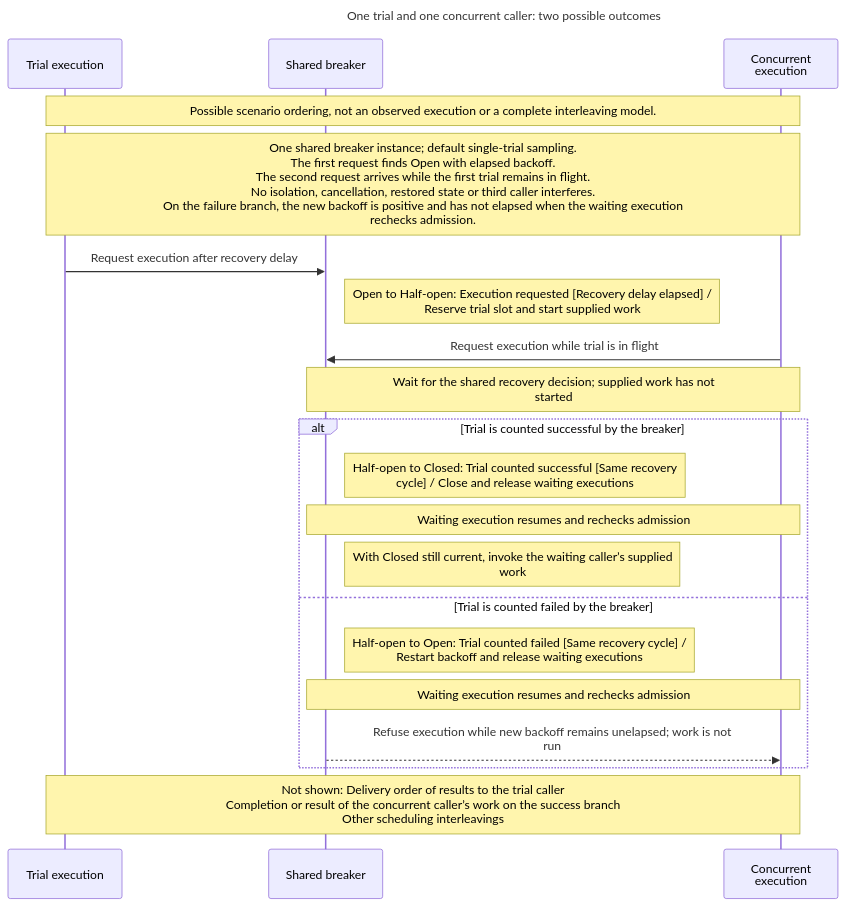
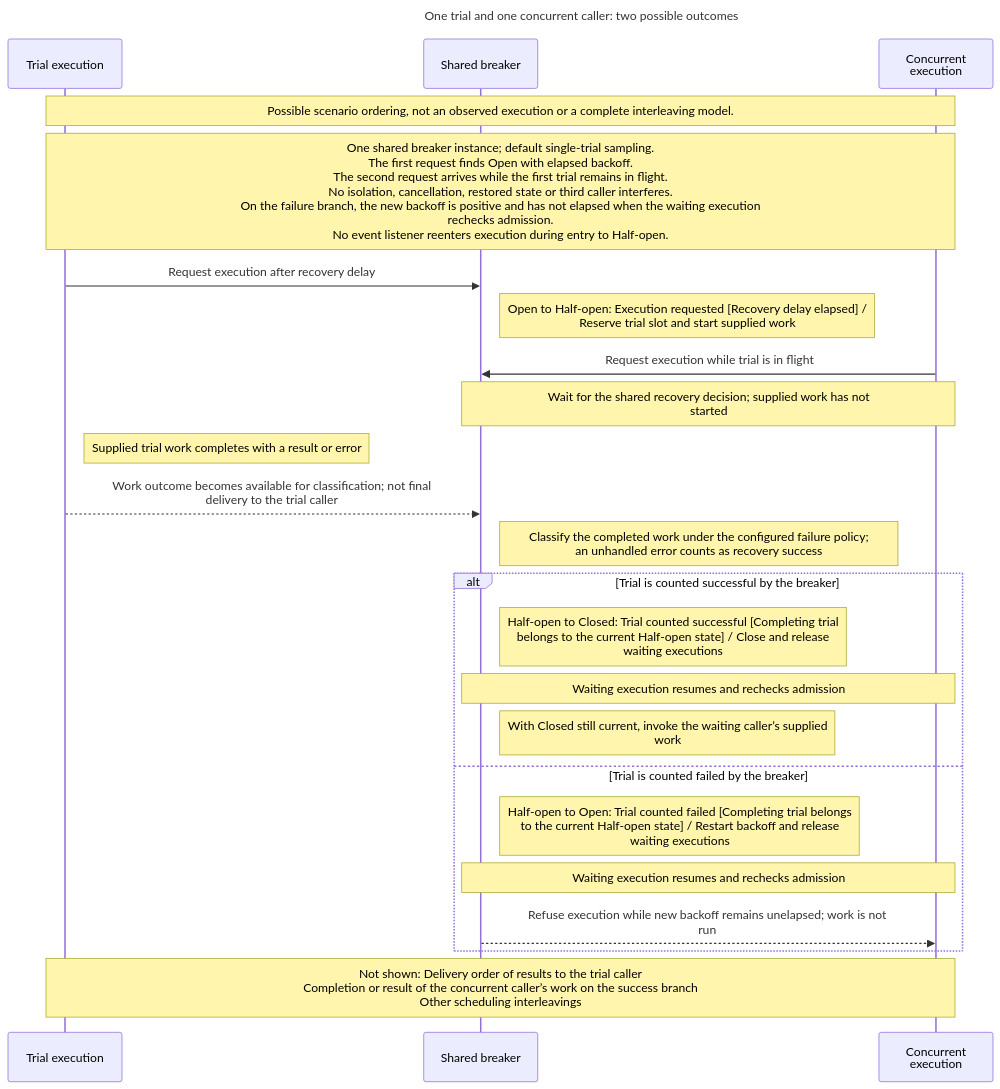
The diagram in notes/structured-account-example/concurrent-callers.mmd (ronen/postcode), drawn with Mermaid before and after one commit. The commit also changed 12 other files, not shown here.

```diff
--- a/notes/structured-account-example/concurrent-callers.mmd
+++ b/notes/structured-account-example/concurrent-callers.mmd
@@ -1,23 +1,26 @@
 ---
 title: "One trial and one concurrent caller: two possible outcomes"
 ---
 sequenceDiagram
   participant trial as Trial execution
   participant breaker as Shared breaker
   participant caller as Concurrent<br/>execution
   Note over trial,caller: Possible scenario ordering, not an observed execution or a complete interleaving model.
-  Note over trial,caller: One shared breaker instance#59; default single-trial sampling.<br/>The first request finds Open with elapsed backoff.<br/>The second request arrives while the first trial remains in flight.<br/>No isolation, cancellation, restored state or third caller interferes.<br/>On the failure branch, the new backoff is positive and has not elapsed when the waiting execution<br/>rechecks admission.
+  Note over trial,caller: One shared breaker instance#59; default single-trial sampling.<br/>The first request finds Open with elapsed backoff.<br/>The second request arrives while the first trial remains in flight.<br/>No isolation, cancellation, restored state or third caller interferes.<br/>On the failure branch, the new backoff is positive and has not elapsed when the waiting execution<br/>rechecks admission.<br/>No event listener reenters execution during entry to Half-open.
   trial->>breaker: Request execution after recovery delay
   Note right of breaker: Open to Half-open: Execution requested [Recovery delay elapsed] /<br/>Reserve trial slot and start supplied work
   caller->>breaker: Request execution while trial is in flight
   Note over breaker,caller: Wait for the shared recovery decision#59; supplied work has not<br/>started
+  Note right of trial: Supplied trial work completes with a result or error
+  trial-->>breaker: Work outcome becomes available for classification#59; not final<br/>delivery to the trial caller
+  Note right of breaker: Classify the completed work under the configured failure policy#59;<br/>an unhandled error counts as recovery success
   alt Trial is counted successful by the breaker
-  Note right of breaker: Half-open to Closed: Trial counted successful [Same recovery<br/>cycle] / Close and release waiting executions
+  Note right of breaker: Half-open to Closed: Trial counted successful [Completing trial<br/>belongs to the current Half-open state] / Close and release<br/>waiting executions
   Note over breaker,caller: Waiting execution resumes and rechecks admission
   Note right of breaker: With Closed still current, invoke the waiting caller’s supplied<br/>work
   else Trial is counted failed by the breaker
-  Note right of breaker: Half-open to Open: Trial counted failed [Same recovery cycle] /<br/>Restart backoff and release waiting executions
+  Note right of breaker: Half-open to Open: Trial counted failed [Completing trial belongs<br/>to the current Half-open state] / Restart backoff and release<br/>waiting executions
   Note over breaker,caller: Waiting execution resumes and rechecks admission
   breaker-->>caller: Refuse execution while new backoff remains unelapsed#59; work is not<br/>run
   end
   Note over trial,caller: Not shown: Delivery order of results to the trial caller<br/>Completion or result of the concurrent caller’s work on the success branch<br/>Other scheduling interleavings
```
